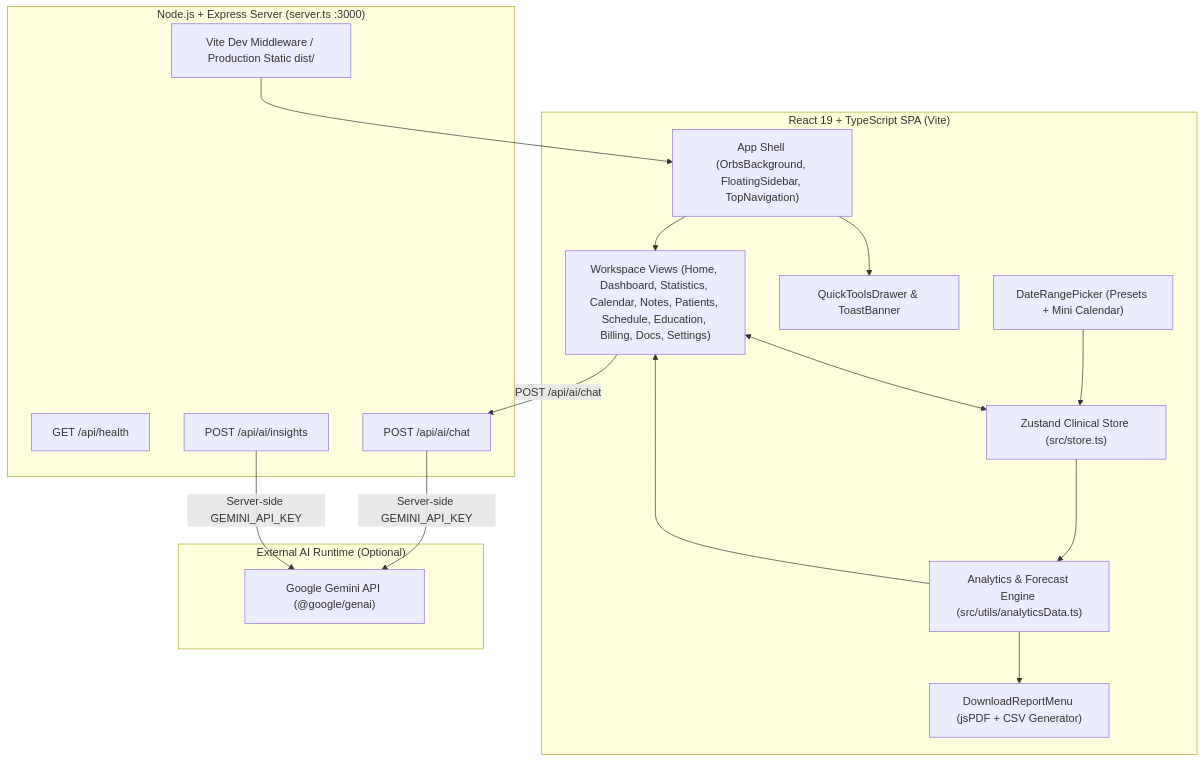
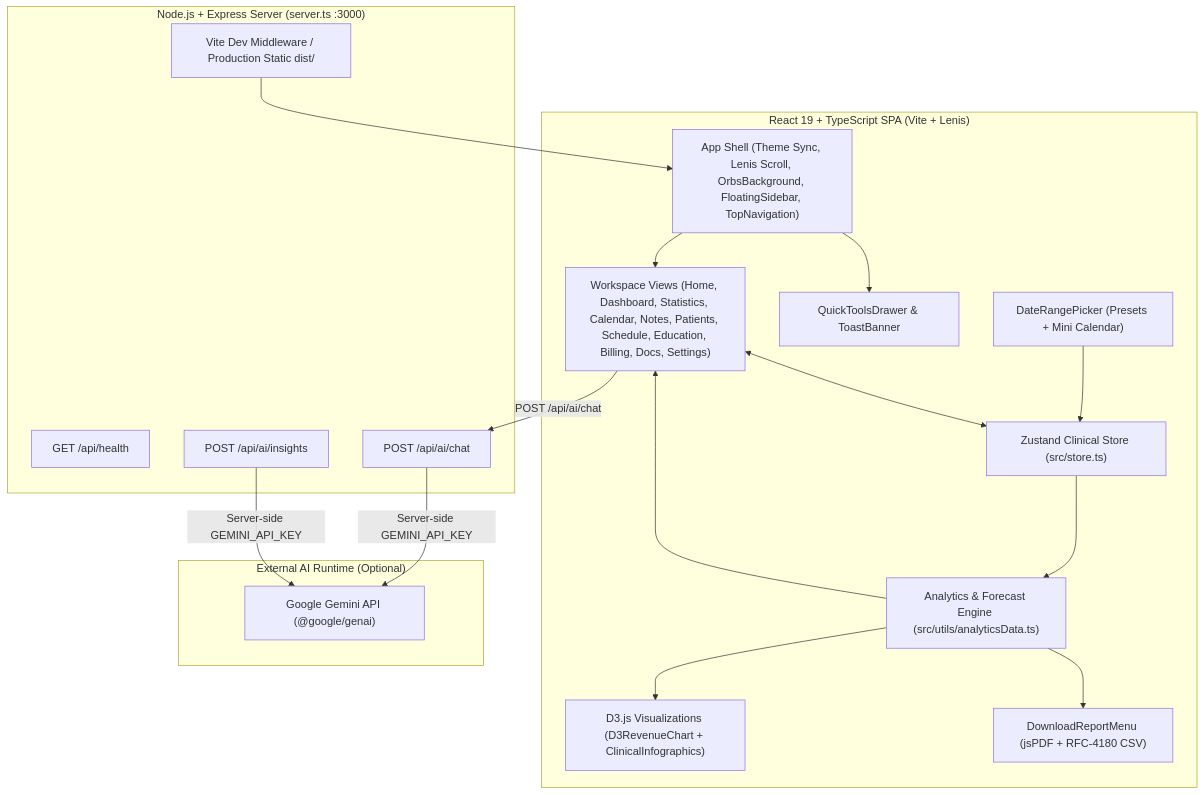
One commit to pranavsahu005/Business-Owner-Dashboard-SaaS changed the first of 2 diagrams in README.md. Above: the diagram before and after it, drawn with Mermaid. The commit also changed other lines of this file and 27 other files, not shown here.

````diff
--- a/README.md
+++ b/README.md
@@ -79,35 +139,37 @@
 ```mermaid
 flowchart TB
-    subgraph Client["React 19 + TypeScript SPA (Vite)"]
-        UI["App Shell (OrbsBackground, FloatingSidebar, TopNavigation)"]
+    subgraph Client["React 19 + TypeScript SPA (Vite + Lenis)"]
+        SHELL["App Shell (Theme Sync, Lenis Scroll, OrbsBackground, FloatingSidebar, TopNavigation)"]
         DRP["DateRangePicker (Presets + Mini Calendar)"]
-        EXP["DownloadReportMenu (jsPDF + CSV Generator)"]
+        D3VIZ["D3.js Visualizations (D3RevenueChart + ClinicalInfographics)"]
+        EXP["DownloadReportMenu (jsPDF + RFC-4180 CSV)"]
         DRAWER["QuickToolsDrawer & ToastBanner"]
         VIEWS["Workspace Views (Home, Dashboard, Statistics, Calendar, Notes, Patients, Schedule, Education, Billing, Docs, Settings)"]
         STORE["Zustand Clinical Store (src/store.ts)"]
         ANALYTICS["Analytics & Forecast Engine (src/utils/analyticsData.ts)"]
     end
 
     subgraph Server["Node.js + Express Server (server.ts :3000)"]
         HEALTH["GET /api/health"]
         INSIGHTS["POST /api/ai/insights"]
         CHAT["POST /api/ai/chat"]
         STATIC["Vite Dev Middleware / Production Static dist/"]
     end
 
     subgraph External["External AI Runtime (Optional)"]
         GEMINI["Google Gemini API (@google/genai)"]
     end
 
     DRP --> STORE
-    UI --> VIEWS
-    UI --> DRAWER
+    SHELL --> VIEWS
+    SHELL --> DRAWER
     VIEWS <--> STORE
     STORE --> ANALYTICS
+    ANALYTICS --> D3VIZ
     ANALYTICS --> VIEWS
     ANALYTICS --> EXP
     VIEWS -->|"POST /api/ai/chat"| CHAT
     CHAT -->|"Server-side GEMINI_API_KEY"| GEMINI
     INSIGHTS -->|"Server-side GEMINI_API_KEY"| GEMINI
-    STATIC --> UI
+    STATIC --> SHELL
 ```
````
